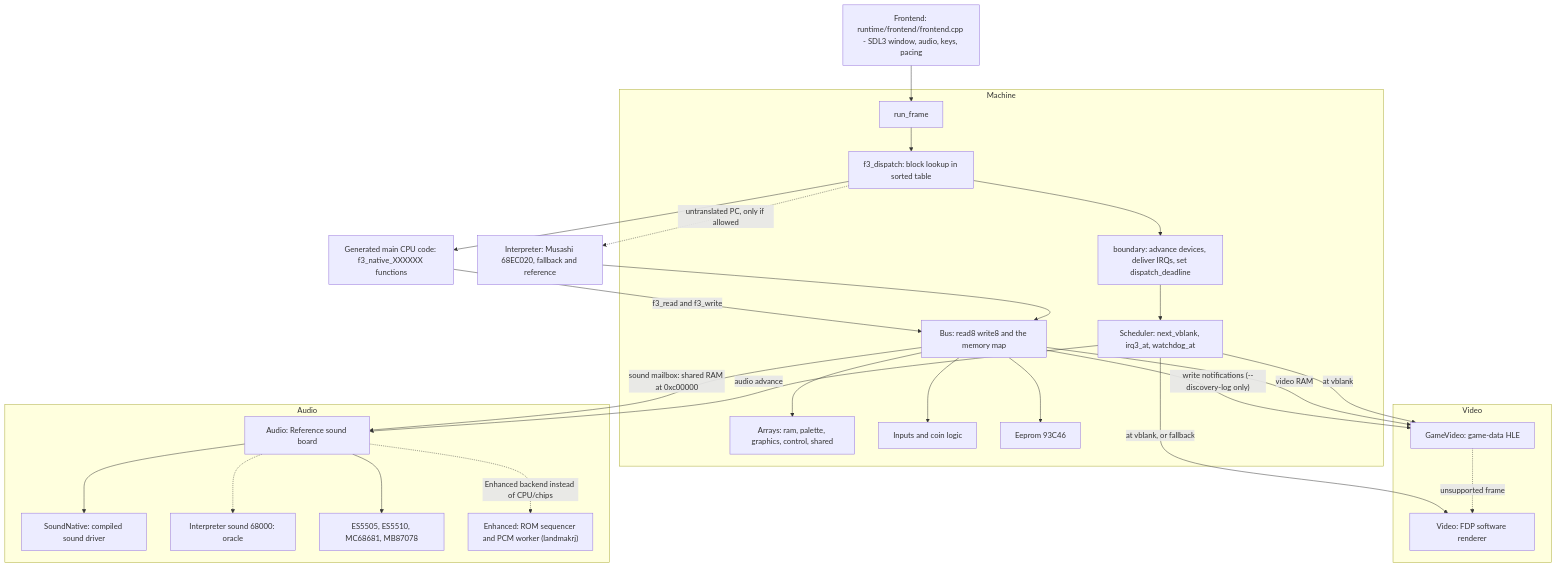
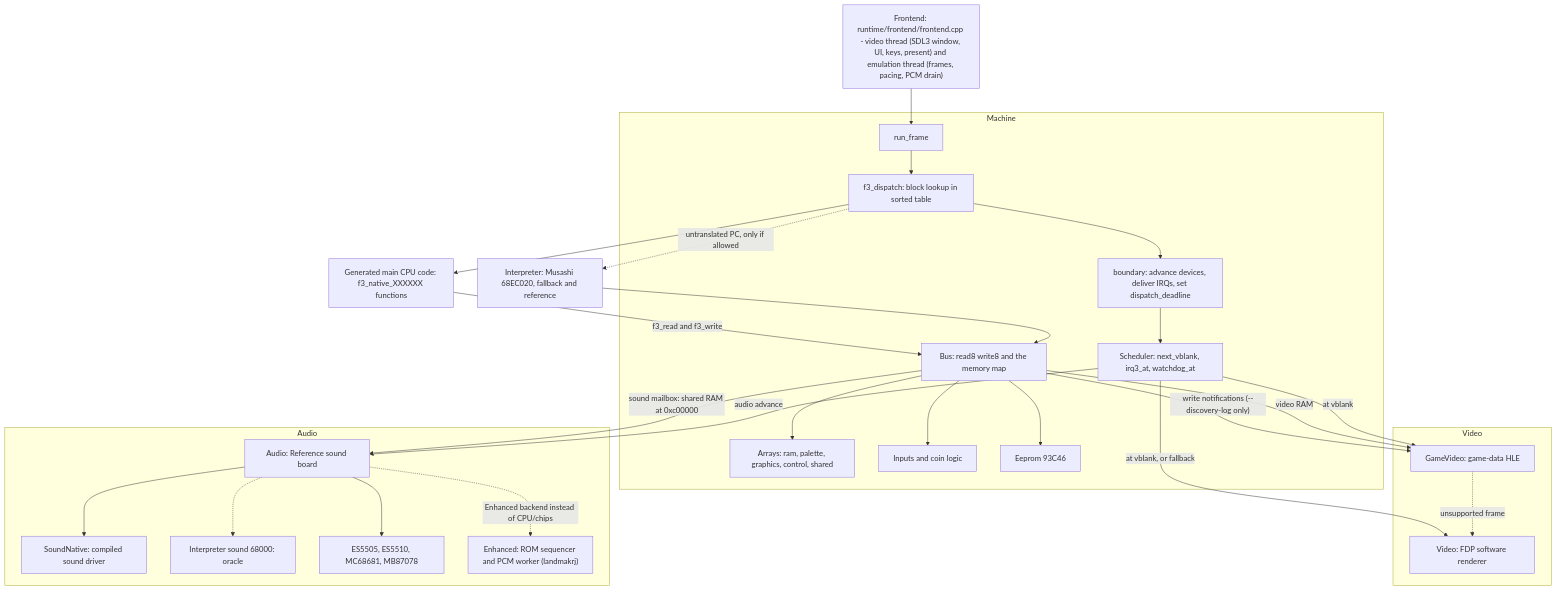
The second of 3 diagrams in docs/site/developer/architecture.md (ansxor/f3-recomp), drawn with Mermaid before and after one commit. The commit also changed 6 other files, not shown here.

First line of the commit message:
Run emulation on its own thread, video on main

````diff
--- a/docs/site/developer/architecture.md
+++ b/docs/site/developer/architecture.md
@@ -103,49 +103,49 @@
 ```mermaid
 flowchart TB
-    FE["Frontend: runtime/frontend/frontend.cpp - SDL3 window, audio, keys, pacing"]
+    FE["Frontend: runtime/frontend/frontend.cpp - video thread (SDL3 window, UI, keys, present) and emulation thread (frames, pacing, PCM drain)"]
     subgraph M["Machine"]
         RF["run_frame"]
         DISP["f3_dispatch: block lookup in sorted table"]
         BND["boundary: advance devices, deliver IRQs, set dispatch_deadline"]
         SCH["Scheduler: next_vblank, irq3_at, watchdog_at"]
         BUS["Bus: read8 write8 and the memory map"]
         MEM["Arrays: ram, palette, graphics, control, shared"]
         IN["Inputs and coin logic"]
         EE["Eeprom 93C46"]
     end
     GEN["Generated main CPU code: f3_native_XXXXXX functions"]
     INT["Interpreter: Musashi 68EC020, fallback and reference"]
     subgraph VID["Video"]
         GV["GameVideo: game-data HLE"]
         FDP["Video: FDP software renderer"]
     end
     subgraph AUD["Audio"]
         AU["Audio: Reference sound board"]
         SN["SoundNative: compiled sound driver"]
         SI["Interpreter sound 68000: oracle"]
         CH["ES5505, ES5510, MC68681, MB87078"]
         HW["Enhanced: ROM sequencer and PCM worker (landmakrj)"]
     end
     FE --> RF
     RF --> DISP
     DISP --> BND
     BND --> SCH
     DISP --> GEN
     DISP -.->|"untranslated PC, only if allowed"| INT
     GEN -->|"f3_read and f3_write"| BUS
     INT --> BUS
     BUS --> MEM
     BUS --> IN
     BUS --> EE
     BUS -->|"sound mailbox: shared RAM at 0xc00000"| AU
     BUS -->|"write notifications (--discovery-log only)"| GV
     BUS -->|"video RAM"| GV
     SCH -->|"at vblank"| GV
     SCH -->|"at vblank, or fallback"| FDP
     GV -.->|"unsupported frame"| FDP
     SCH -->|"audio advance"| AU
     AU --> CH
     AU --> SN
     AU -.-> SI
     AU -.->|"Enhanced backend instead of CPU/chips"| HW
 ```
````
